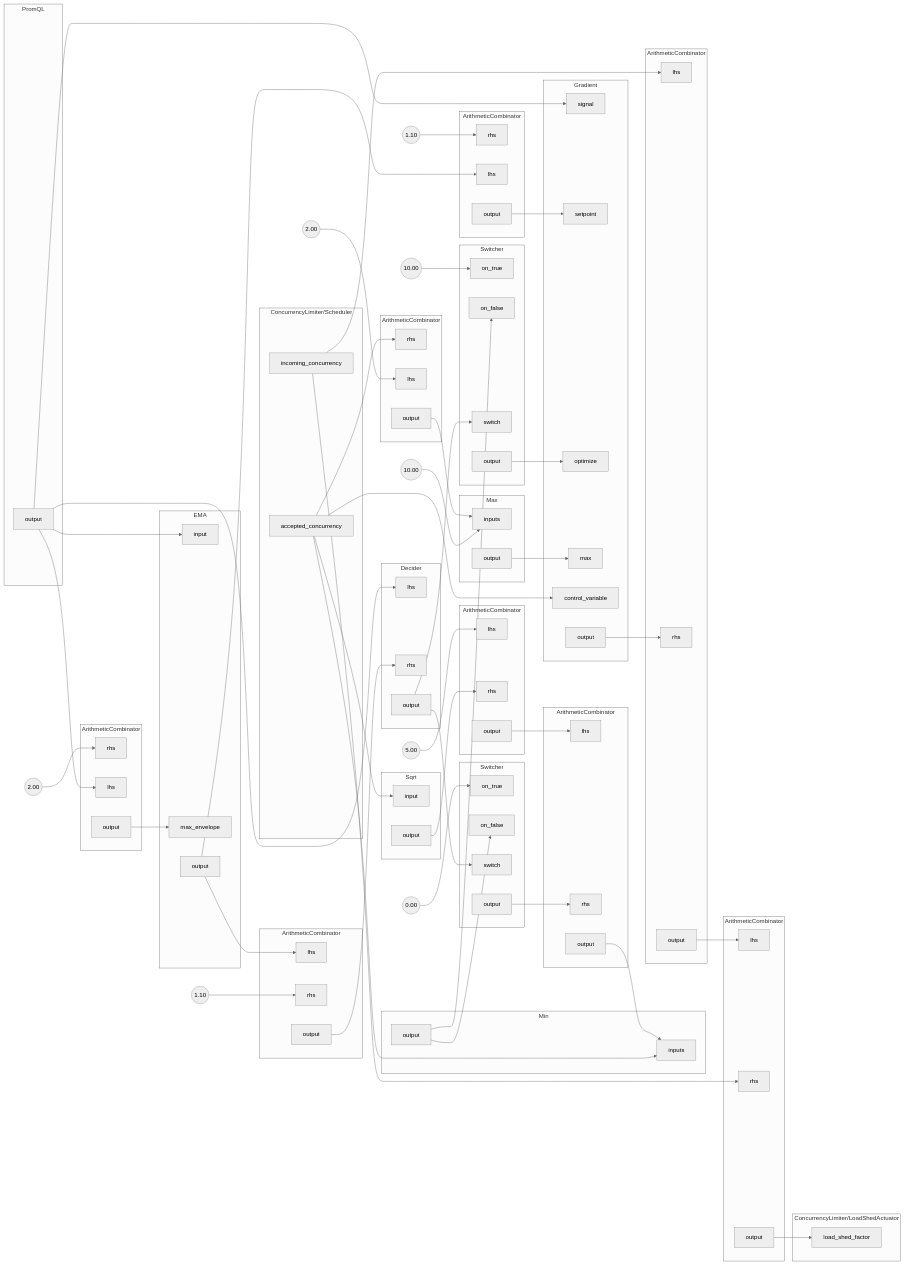
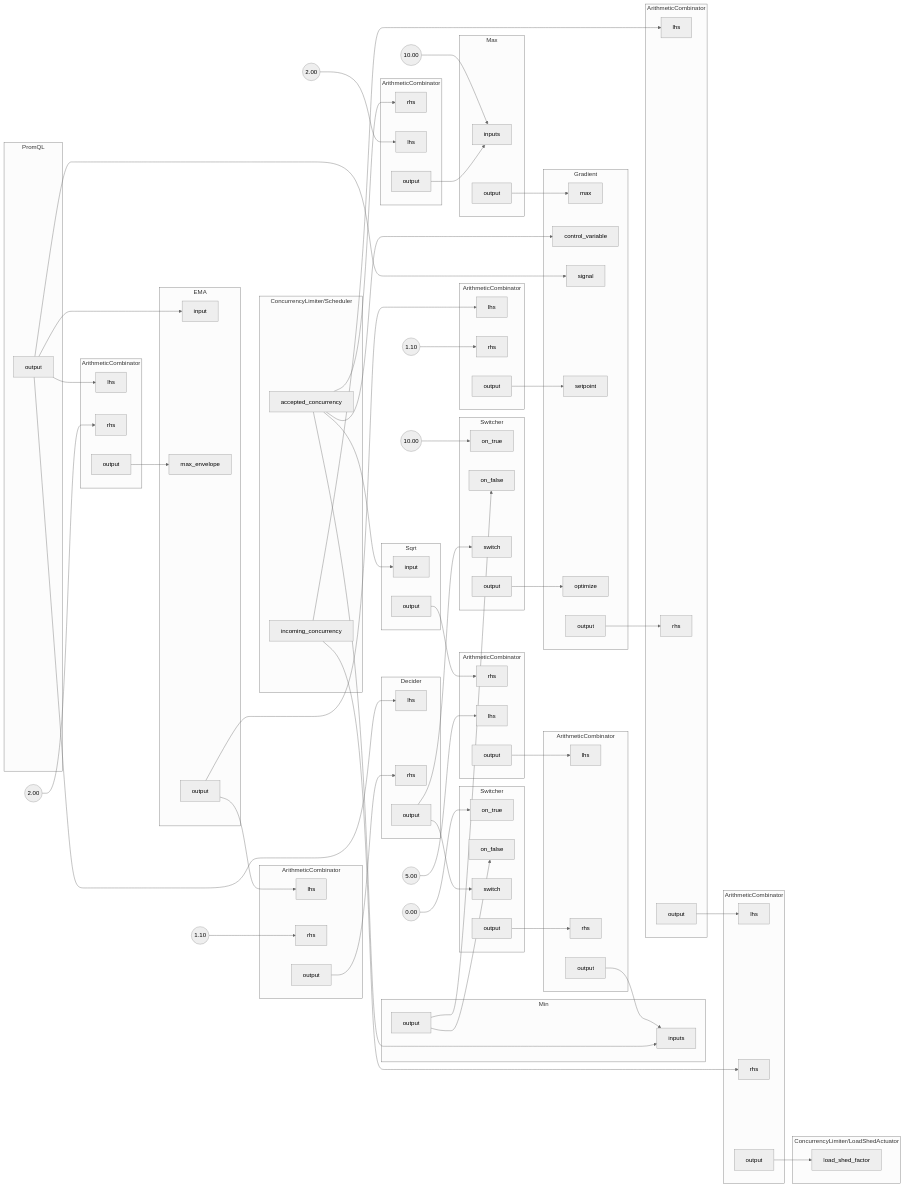
One commit to fluxninja/aperture changed the diagram in docs/content/policies/assets/gen/blueprints/jsonnet/blueprints_0.mmd. Above: the diagram before and after it, drawn with Mermaid (neutral theme). The commit also changed other lines of this file and 32 other files, not shown here.

```diff
--- a/docs/content/policies/assets/gen/blueprints/jsonnet/blueprints_0.mmd
+++ b/docs/content/policies/assets/gen/blueprints/jsonnet/blueprints_0.mmd
@@ -1,140 +1,140 @@
 flowchart LR
 subgraph 0[ArithmeticCombinator]
+0lhs[lhs]
 0rhs[rhs]
-0lhs[lhs]
 0output[output]
 end
 FakeConstant0((2.00))
 FakeConstant0 --> 0rhs
 subgraph 1[ArithmeticCombinator]
+1lhs[lhs]
 1rhs[rhs]
-1lhs[lhs]
 1output[output]
 end
 FakeConstant1((1.10))
 FakeConstant1 --> 1rhs
 subgraph 2[ArithmeticCombinator]
 2lhs[lhs]
 2rhs[rhs]
 2output[output]
 end
 subgraph 3[ArithmeticCombinator]
 3lhs[lhs]
 3rhs[rhs]
 3output[output]
 end
 subgraph 4[ArithmeticCombinator]
 4rhs[rhs]
 4lhs[lhs]
 4output[output]
 end
 FakeConstant2((2.00))
 FakeConstant2 --> 4lhs
 subgraph 5[ArithmeticCombinator]
 5lhs[lhs]
 5rhs[rhs]
 5output[output]
 end
 FakeConstant3((1.10))
 FakeConstant3 --> 5rhs
 subgraph 6[ArithmeticCombinator]
+6rhs[rhs]
 6lhs[lhs]
-6rhs[rhs]
 6output[output]
 end
 FakeConstant4((5.00))
 FakeConstant4 --> 6lhs
 subgraph 7[ArithmeticCombinator]
 7lhs[lhs]
 7rhs[rhs]
 7output[output]
 end
 subgraph 8[Min]
 8inputs[inputs]
 8inputs[inputs]
 8output[output]
 end
 subgraph 9[Max]
 9inputs[inputs]
 9inputs[inputs]
 9output[output]
 end
 FakeConstant5((10.00))
 FakeConstant5 --> 9inputs
 subgraph 10[Sqrt]
 10input[input]
 10output[output]
 end
 subgraph 11[PromQL]
 11output[output]
 end
 subgraph 12[EMA]
 12input[input]
 12max_envelope[max_envelope]
 12output[output]
 end
 subgraph 13[Gradient]
+13max[max]
+13control_variable[control_variable]
 13signal[signal]
 13setpoint[setpoint]
 13optimize[optimize]
-13max[max]
-13control_variable[control_variable]
 13output[output]
 end
 subgraph 14.Scheduler[ConcurrencyLimiter/Scheduler]
 14.Scheduleraccepted_concurrency[accepted_concurrency]
 14.Schedulerincoming_concurrency[incoming_concurrency]
 end
 subgraph 14.LoadShedActuator[ConcurrencyLimiter/LoadShedActuator]
 14.LoadShedActuatorload_shed_factor[load_shed_factor]
 end
 subgraph 17[Switcher]
 17on_true[on_true]
 17on_false[on_false]
 17switch[switch]
 17output[output]
 end
 FakeConstant6((0.00))
 FakeConstant6 --> 17on_true
 subgraph 16[Switcher]
 16on_true[on_true]
 16on_false[on_false]
 16switch[switch]
 16output[output]
 end
 FakeConstant7((10.00))
 FakeConstant7 --> 16on_true
 subgraph 15[Decider]
 15lhs[lhs]
 15rhs[rhs]
 15output[output]
 end
+17output --> 7rhs
+3output --> 14.LoadShedActuatorload_shed_factor
 9output --> 13max
 11output --> 0lhs
 11output --> 12input
 11output --> 13signal
 11output --> 15lhs
+12output --> 1lhs
+12output --> 5lhs
+13output --> 2rhs
+0output --> 12max_envelope
+2output --> 3lhs
+4output --> 9inputs
+10output --> 6rhs
+14.Schedulerincoming_concurrency --> 2lhs
+14.Schedulerincoming_concurrency --> 3rhs
+5output --> 15rhs
+7output --> 8inputs
+8output --> 16on_false
+8output --> 17on_false
+15output --> 16switch
+15output --> 17switch
+16output --> 13optimize
+1output --> 13setpoint
+6output --> 7lhs
 14.Scheduleraccepted_concurrency --> 4rhs
 14.Scheduleraccepted_concurrency --> 8inputs
 14.Scheduleraccepted_concurrency --> 10input
 14.Scheduleraccepted_concurrency --> 13control_variable
-0output --> 12max_envelope
-1output --> 13setpoint
-10output --> 6rhs
-15output --> 16switch
-15output --> 17switch
-3output --> 14.LoadShedActuatorload_shed_factor
-4output --> 9inputs
-12output --> 1lhs
-12output --> 5lhs
-13output --> 2rhs
-17output --> 7rhs
-6output --> 7lhs
-7output --> 8inputs
-8output --> 16on_false
-8output --> 17on_false
-14.Schedulerincoming_concurrency --> 2lhs
-14.Schedulerincoming_concurrency --> 3rhs
-16output --> 13optimize
-2output --> 3lhs
-5output --> 15rhs
```
